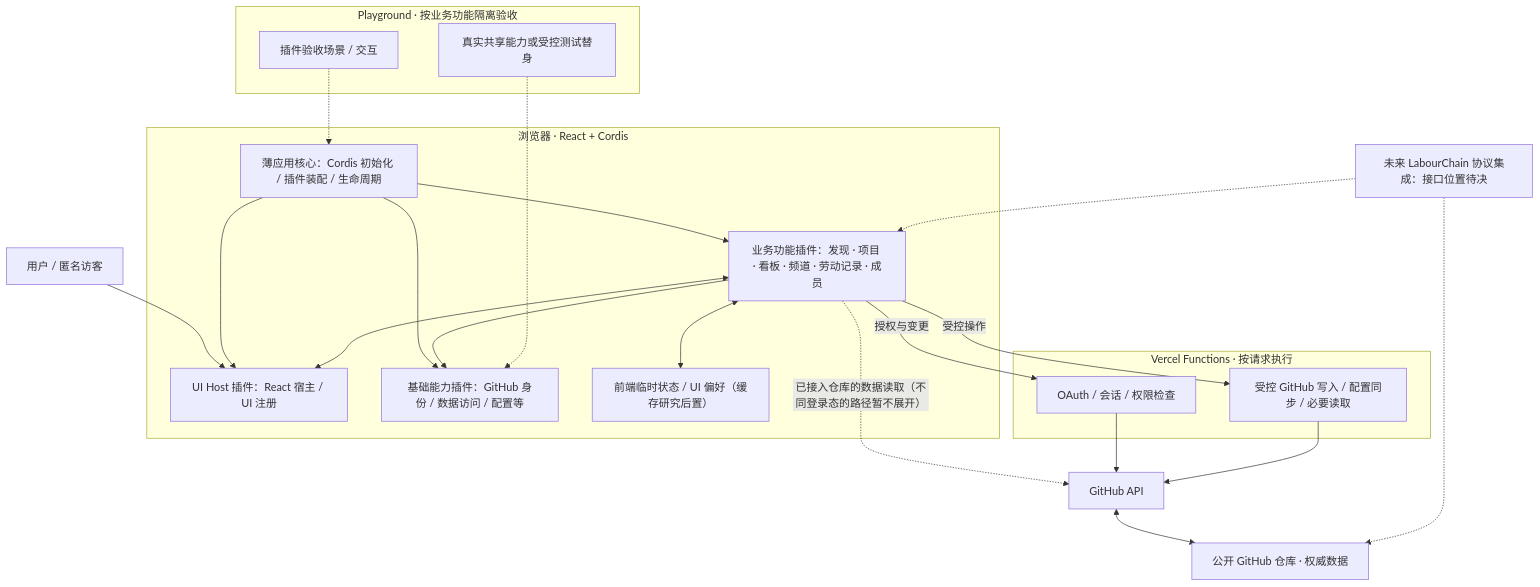
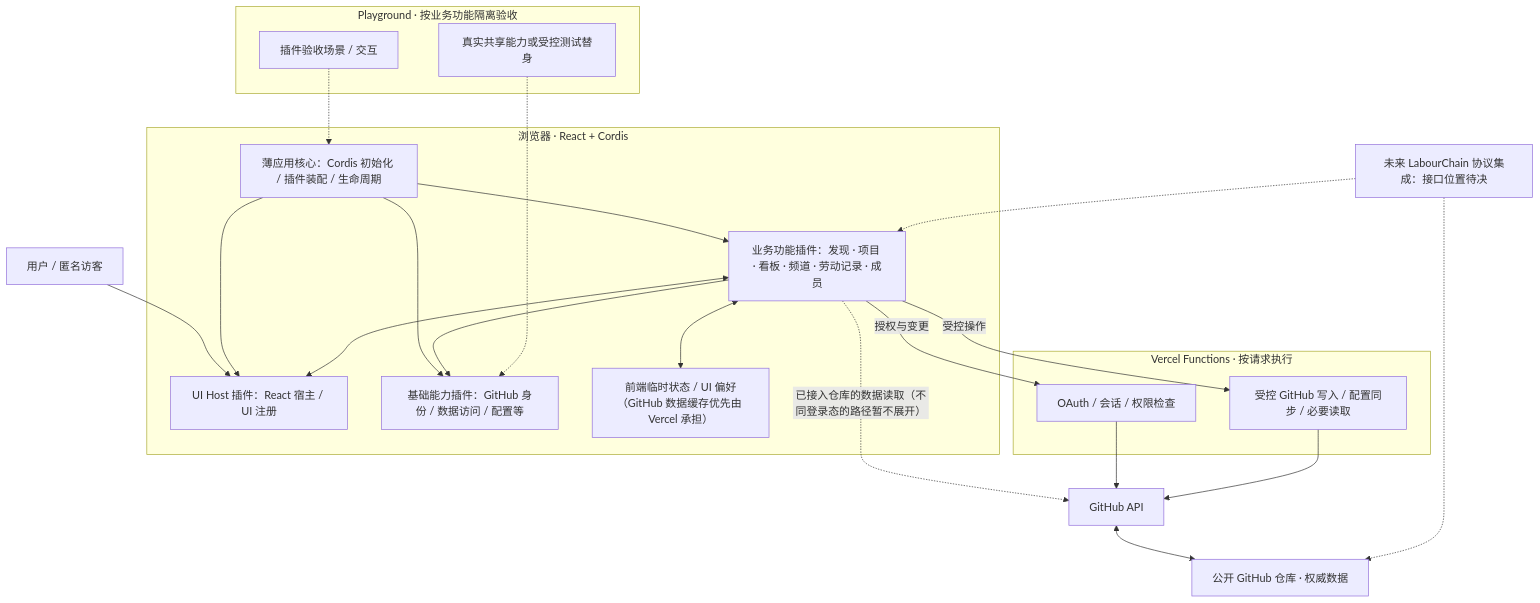
The diagram in docs/architecture.md (Ri0n72Y/hackathon-platform), drawn with Mermaid before and after one commit. The commit also changed other lines of this file, not shown here.

Commit message:
docs: track proactive Vercel caching preference and independent research

````diff
--- a/docs/architecture.md
+++ b/docs/architecture.md
@@ -38,35 +38,35 @@
 ```mermaid
 flowchart TB
   User["用户 / 匿名访客"] --> UI
   subgraph Browser["浏览器 · React + Cordis"]
     Core["薄应用核心：Cordis 初始化 / 插件装配 / 生命周期"]
     UI["UI Host 插件：React 宿主 / UI 注册"]
     Shared["基础能力插件：GitHub 身份 / 数据访问 / 配置等"]
     Features["业务功能插件：发现 · 项目 · 看板 · 频道 · 劳动记录 · 成员"]
-    State["前端临时状态 / UI 偏好（缓存研究后置）"]
+    State["前端临时状态 / UI 偏好（GitHub 数据缓存优先由 Vercel 承担）"]
     Core --> UI
     Core --> Shared
     Core --> Features
     Features <--> UI
     Features --> Shared
     Features <--> State
   end
   subgraph PG["Playground · 按业务功能隔离验收"]
     Cases["插件验收场景 / 交互"]
     Supports["真实共享能力或受控测试替身"]
   end
   Cases -.-> Core
   Supports -.-> Shared
   subgraph Server["Vercel Functions · 按请求执行"]
     Auth["OAuth / 会话 / 权限检查"]
     Ops["受控 GitHub 写入 / 配置同步 / 必要读取"]
   end
   Features -.->|"已接入仓库的数据读取（不同登录态的路径暂不展开）"| GH["GitHub API"]
   Features -->|"授权与变更"| Auth
   Features -->|"受控操作"| Ops
   Auth --> GH
   Ops --> GH
   GH <--> Repos["公开 GitHub 仓库 · 权威数据"]
   Future["未来 LabourChain 协议集成：接口位置待决"] -.-> Features
   Future -.-> Repos
 ```
````
